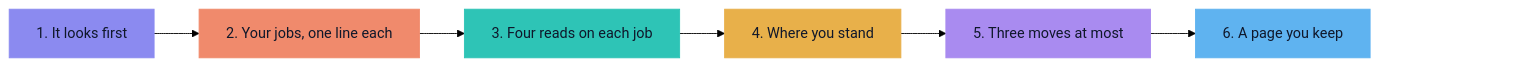
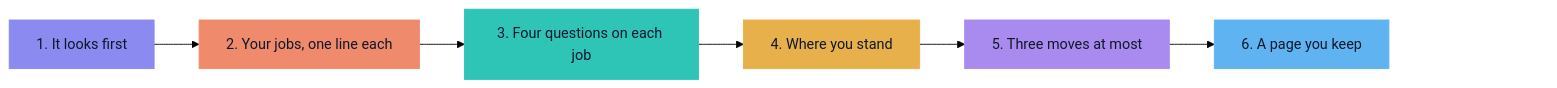
One commit to nickgor2002/agentium-hub changed the first of 2 diagrams in README.md. Above: the diagram before and after it, drawn with Mermaid (forest theme). The commit also changed 1 other file, not shown here.

Commit message:
Update the library

````diff
--- a/README.md
+++ b/README.md
@@ -23,18 +23,18 @@
 ```mermaid
 flowchart LR
   s1["1. It looks first"]:::c1
   s2["2. Your jobs, one line each"]:::c2
-  s3["3. Four reads on each job"]:::c3
+  s3["3. Four questions on each job"]:::c3
   s4["4. Where you stand"]:::c4
   s5["5. Three moves at most"]:::c5
   s6["6. A page you keep"]:::c6
   s1 --> s2 --> s3 --> s4 --> s5 --> s6
   s6 ~~~ pad["················"]:::pad
   classDef c1 fill:#8B8AF0,stroke:#8B8AF0,color:#0f172a
   classDef c2 fill:#F08A6C,stroke:#F08A6C,color:#0f172a
   classDef c3 fill:#2EC4B6,stroke:#2EC4B6,color:#0f172a
   classDef c4 fill:#E8B04A,stroke:#E8B04A,color:#0f172a
   classDef c5 fill:#A98BF0,stroke:#A98BF0,color:#0f172a
   classDef c6 fill:#5FB3F0,stroke:#5FB3F0,color:#0f172a
   classDef pad fill:none,stroke:none,color:transparent
 ```
````
